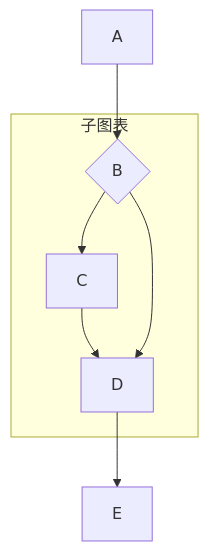
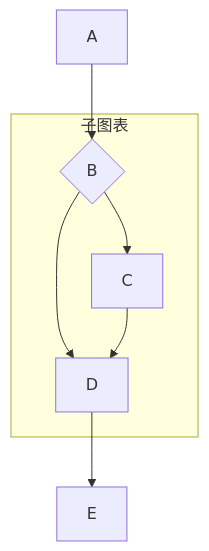
One commit to wqf31415/wqf31415.github.io changed the fifth of 17 diagrams in source/_posts/markdown-中插入-mermaid-图.md. Above: the diagram before and after it, drawn with Mermaid. The commit also changed other lines of this file, not shown here.

Commit message:
:chart_with_downwards_trend: finish

````diff
--- a/source/_posts/markdown-中插入-mermaid-图.md
+++ b/source/_posts/markdown-中插入-mermaid-图.md
@@ -174,10 +161,9 @@
 ```mermaid
 graph TB;
 A --> B{B}
 	subgraph 子图表
 		B --> C
-		C --> D
-		B --> D
+		B & C --> D
 	end
 D --> E
 ```
````
